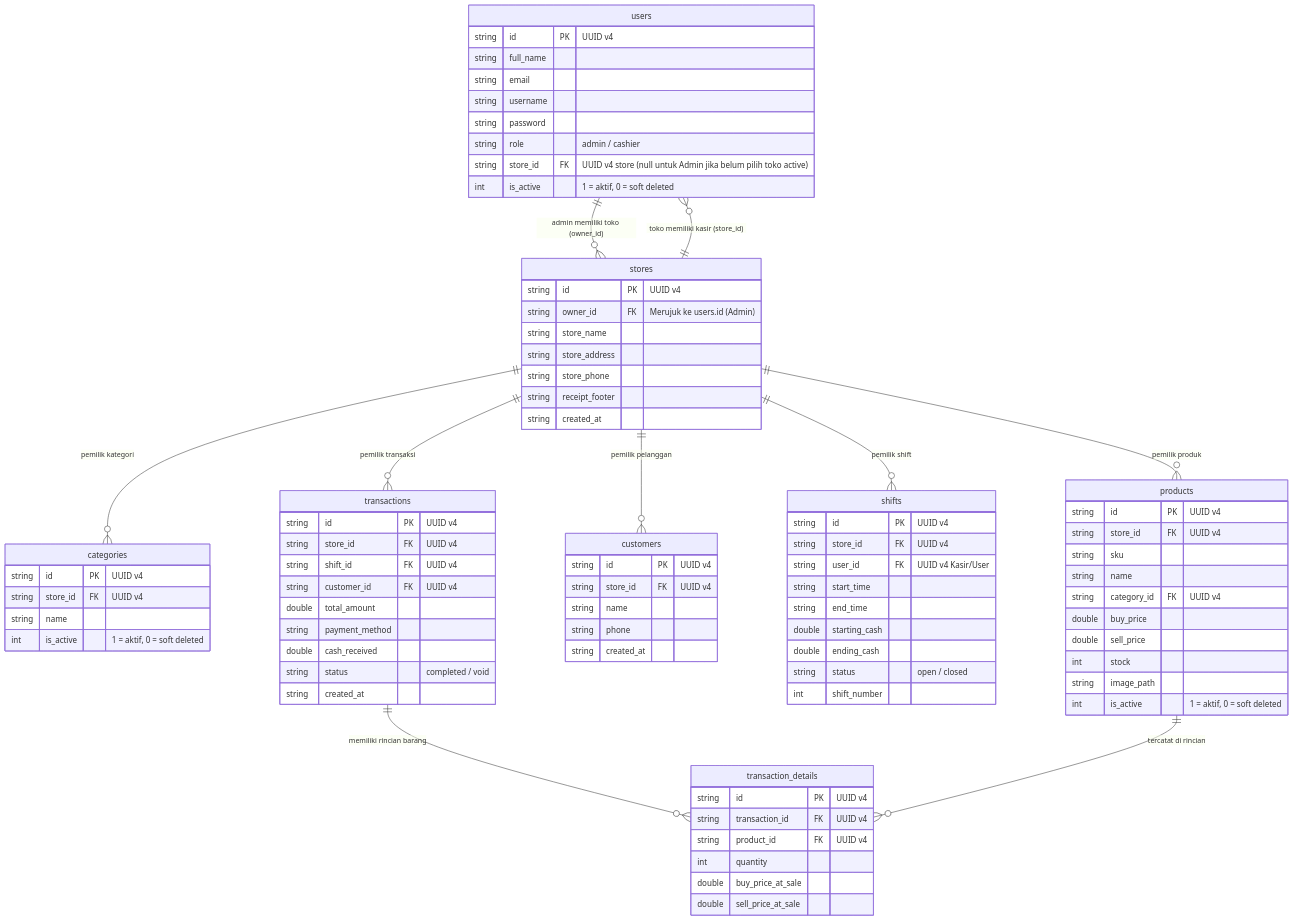
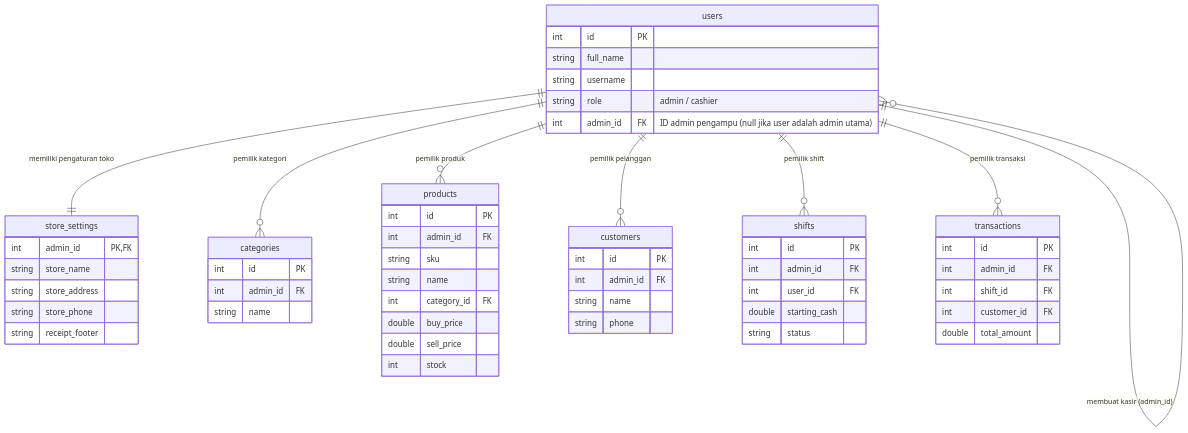
Before and after one commit to Fajri-Firdaus/Aplikasi-Kasir-Mobile: the diagram in dokumentasi/rencana_implementasi_multi_toko.md, drawn with Mermaid. The commit also changed other lines of this file and 33 other files, not shown here.

````diff
--- a/dokumentasi/rencana_implementasi_multi_toko.md
+++ b/dokumentasi/rencana_implementasi_multi_toko.md
@@ -34,87 +22,60 @@
 ```mermaid
 erDiagram
-    users ||--o{ stores : "admin memiliki toko (owner_id)"
-    stores ||--o{ users : "toko memiliki kasir (store_id)"
-    stores ||--o{ categories : "pemilik kategori"
-    stores ||--o{ products : "pemilik produk"
-    stores ||--o{ customers : "pemilik pelanggan"
-    stores ||--o{ shifts : "pemilik shift"
-    stores ||--o{ transactions : "pemilik transaksi"
-    transactions ||--o{ transaction_details : "memiliki rincian barang"
-    products ||--o{ transaction_details : "tercatat di rincian"
+    users ||--o{ users : "membuat kasir (admin_id)"
+    users ||--|| store_settings : "memiliki pengaturan toko"
+    users ||--o{ categories : "pemilik kategori"
+    users ||--o{ products : "pemilik produk"
+    users ||--o{ customers : "pemilik pelanggan"
+    users ||--o{ shifts : "pemilik shift"
+    users ||--o{ transactions : "pemilik transaksi"
 
     users {
-        string id PK "UUID v4"
+        int id PK
         string full_name
-        string email
         string username
-        string password
         string role "admin / cashier"
-        string store_id FK "UUID v4 store (null untuk Admin jika belum pilih toko active)"
-        int is_active "1 = aktif, 0 = soft deleted"
+        int admin_id FK "ID admin pengampu (null jika user adalah admin utama)"
     }
-    stores {
-        string id PK "UUID v4"
-        string owner_id FK "Merujuk ke users.id (Admin)"
+    store_settings {
+        int admin_id PK, FK
         string store_name
         string store_address
         string store_phone
         string receipt_footer
-        string created_at
     }
     categories {
-        string id PK "UUID v4"
-        string store_id FK "UUID v4"
+        int id PK
+        int admin_id FK
         string name
-        int is_active "1 = aktif, 0 = soft deleted"
     }
     products {
-        string id PK "UUID v4"
-        string store_id FK "UUID v4"
+        int id PK
+        int admin_id FK
         string sku
         string name
-        string category_id FK "UUID v4"
+        int category_id FK
         double buy_price
         double sell_price
         int stock
-        string image_path
-        int is_active "1 = aktif, 0 = soft deleted"
     }
     customers {
-        string id PK "UUID v4"
-        string store_id FK "UUID v4"
+        int id PK
+        int admin_id FK
         string name
         string phone
-        string created_at
     }
     shifts {
-        string id PK "UUID v4"
-        string store_id FK "UUID v4"
-        string user_id FK "UUID v4 Kasir/User"
-        string start_time
-        string end_time
+        int id PK
+        int admin_id FK
+        int user_id FK
         double starting_cash
-        double ending_cash
-        string status "open / closed"
-        int shift_number
+        string status
     }
     transactions {
-        string id PK "UUID v4"
-        string store_id FK "UUID v4"
-        string shift_id FK "UUID v4"
-        string customer_id FK "UUID v4"
+        int id PK
+        int admin_id FK
+        int shift_id FK
+        int customer_id FK
         double total_amount
-        string payment_method
-        double cash_received
-        string status "completed / void"
-        string created_at
-    }
-    transaction_details {
-        string id PK "UUID v4"
-        string transaction_id FK "UUID v4"
-        string product_id FK "UUID v4"
-        int quantity
-        double buy_price_at_sale
-        double sell_price_at_sale
     }
 ```
````
